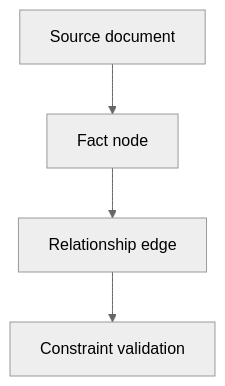
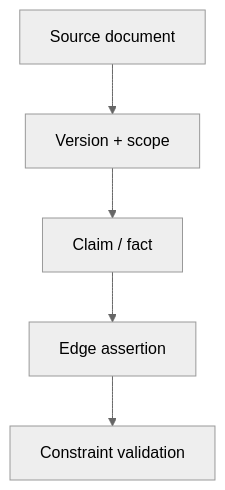
Before and after one commit to 5Reasons/5reasons.github.io: the second of 2 diagrams in docs/methodology/property-and-knowledge-graphs.md, drawn with Mermaid (neutral theme). The commit also changed other lines of this file and 19 other files, not shown here.

````diff
--- a/docs/methodology/property-and-knowledge-graphs.md
+++ b/docs/methodology/property-and-knowledge-graphs.md
@@ -33,6 +87,7 @@
 ```mermaid
-flowchart TB
-  S[Source document] --> F[Fact node]
-  F --> R[Relationship edge]
-  R --> C[Constraint validation]
+flowchart TB;
+  S["Source document"] --> V["Version + scope"];
+  V --> F["Claim / fact"];
+  F --> E["Edge assertion"];
+  E --> C["Constraint validation"];
 ```
````
